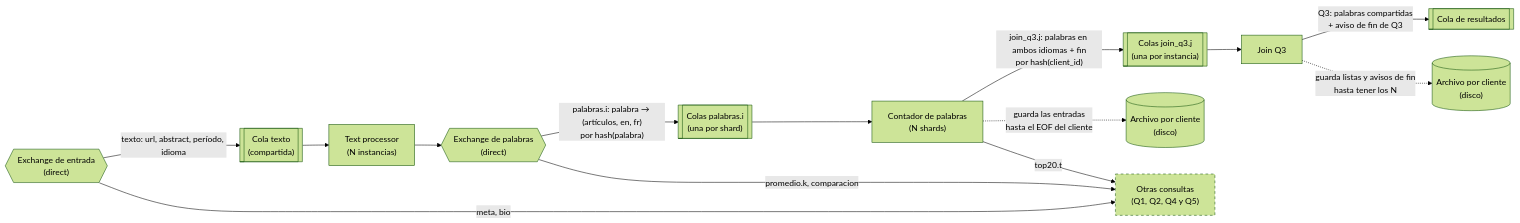
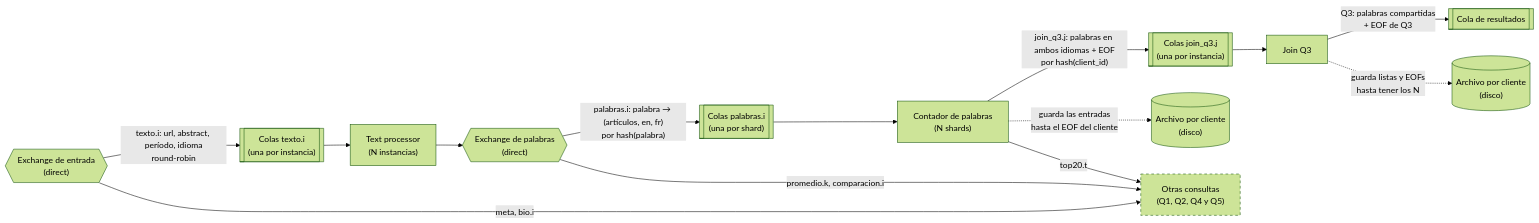
One commit to Cristobal710/tp-final-distribuidos changed diagram 12 of 15 in diagramas/README.md. Above: the diagram before and after it, drawn with Mermaid (forest theme). The commit also changed other lines of this file, not shown here.

Commit message:
feat: Agrego manejo de EOF

````diff
--- a/diagramas/README.md
+++ b/diagramas/README.md
@@ -471,21 +472,21 @@
 ```mermaid
 flowchart LR
     EXE{{"Exchange de entrada<br/>(direct)"}}
-    EXE -- "texto: url, abstract, período, idioma" --> QTX[["Cola texto<br/>(compartida)"]]
+    EXE -- "texto.i: url, abstract, período, idioma<br/>round-robin" --> QTX[["Colas texto.i<br/>(una por instancia)"]]
     QTX --> TP["Text processor<br/>(N instancias)"]
     TP --> EXP{{"Exchange de palabras<br/>(direct)"}}
     EXP -- "palabras.i: palabra → (artículos, en, fr)<br/>por hash(palabra)" --> QW[["Colas palabras.i<br/>(una por shard)"]]
     QW --> WC["Contador de palabras<br/>(N shards)"]
-    WC -- "join_q3.j: palabras en ambos idiomas + fin<br/>por hash(client_id)" --> QJ3[["Colas join_q3.j<br/>(una por instancia)"]]
+    WC -- "join_q3.j: palabras en ambos idiomas + EOF<br/>por hash(client_id)" --> QJ3[["Colas join_q3.j<br/>(una por instancia)"]]
     QJ3 --> J3["Join Q3"]
-    J3 -- "Q3: palabras compartidas<br/>+ aviso de fin de Q3" --> QR[["Cola de resultados"]]
+    J3 -- "Q3: palabras compartidas<br/>+ EOF de Q3" --> QR[["Cola de resultados"]]
     WC -. "guarda las entradas<br/>hasta el EOF del cliente" .-> DWC[("Archivo por cliente<br/>(disco)")]
-    J3 -. "guarda listas y avisos de fin<br/>hasta tener los N" .-> DJ3[("Archivo por cliente<br/>(disco)")]
+    J3 -. "guarda listas y EOFs<br/>hasta tener los N" .-> DJ3[("Archivo por cliente<br/>(disco)")]
 
-    EXE -- "meta, bio" --> OTRAS["Otras consultas<br/>(Q1, Q2, Q4 y Q5)"]
-    EXP -- "promedio.k, comparacion" --> OTRAS
+    EXE -- "meta, bio.i" --> OTRAS["Otras consultas<br/>(Q1, Q2, Q4 y Q5)"]
+    EXP -- "promedio.k, comparacion.i" --> OTRAS
     WC -- "top20.t" --> OTRAS
 
     classDef resto stroke-dasharray: 5 5
     class OTRAS resto
 ```
````
